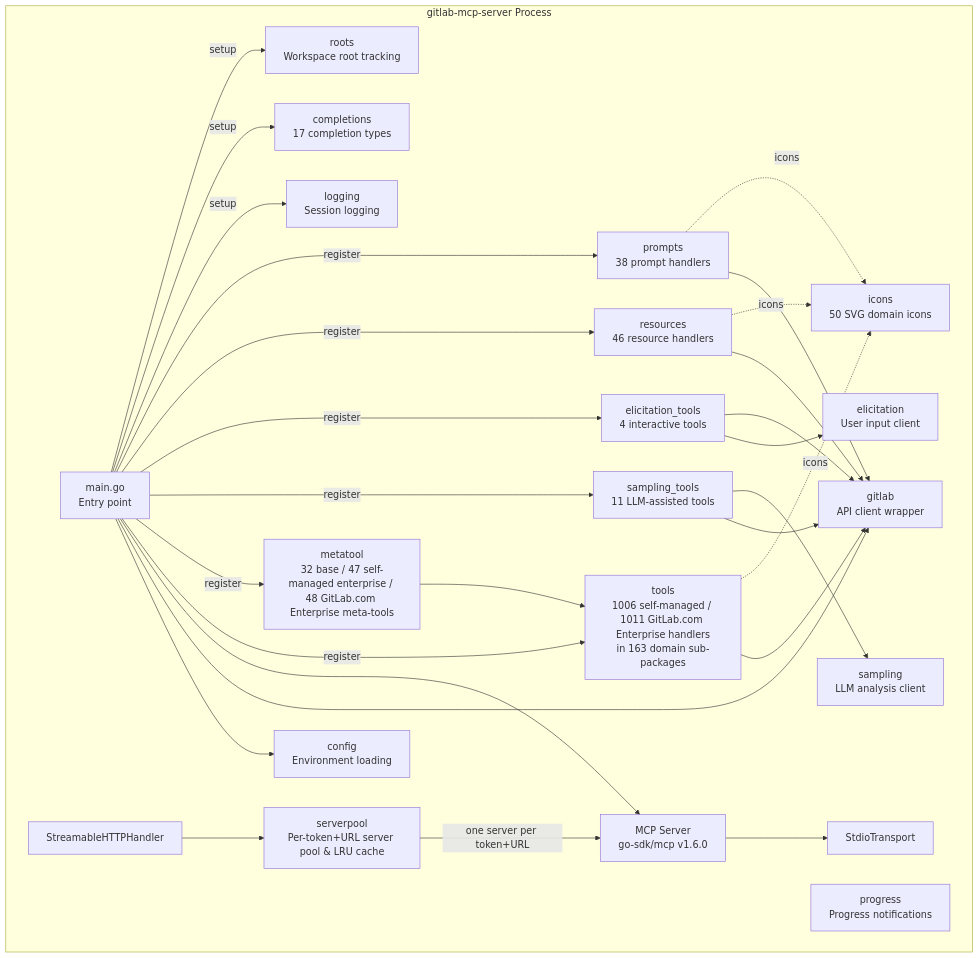
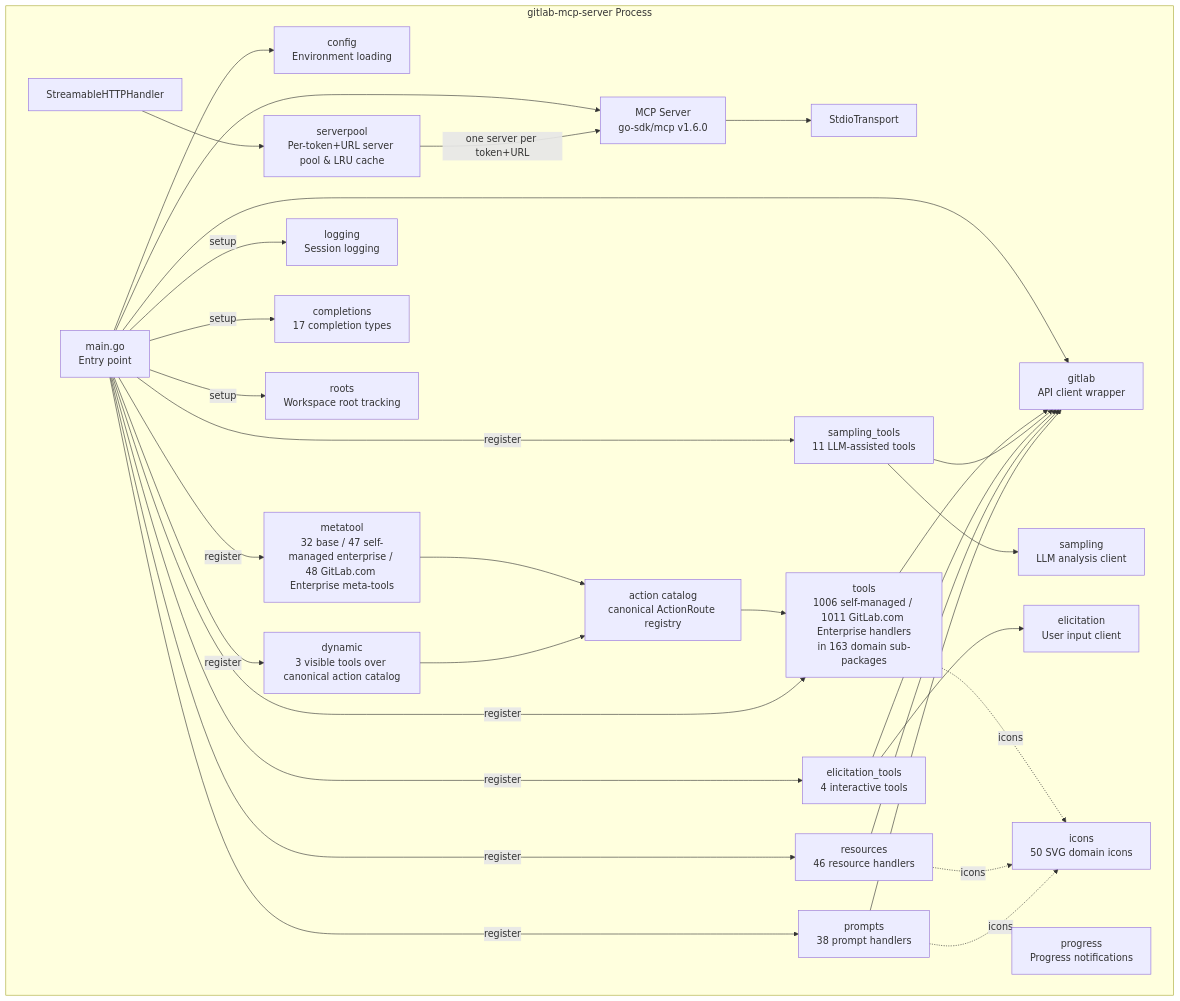
One commit to jmrplens/gitlab-mcp-server changed the third of 11 diagrams in docs/architecture.md. Above: the diagram before and after it, drawn with Mermaid. The commit also changed other lines of this file and 155 other files, not shown here.

````diff
--- a/docs/architecture.md
+++ b/docs/architecture.md
@@ -64,52 +64,57 @@
 ```mermaid
 graph TD
     subgraph "gitlab-mcp-server Process"
         MAIN[main.go<br/>Entry point]
         CFG[config<br/>Environment loading]
         GL[gitlab<br/>API client wrapper]
         TOOLS[tools<br/>1006 self-managed / 1011 GitLab.com Enterprise handlers<br/>in 163 domain sub-packages]
+        CATALOG[action catalog<br/>canonical ActionRoute registry]
         META[metatool<br/>32 base / 47 self-managed enterprise / 48 GitLab.com Enterprise meta-tools]
+        DYN[dynamic<br/>3 visible tools over canonical action catalog]
         SAMP[sampling_tools<br/>11 LLM-assisted tools]
         ELIC[elicitation_tools<br/>4 interactive tools]
         RES[resources<br/>46 resource handlers]
         PROMPTS[prompts<br/>38 prompt handlers]
         LOG[logging<br/>Session logging]
         COMP[completions<br/>17 completion types]
         ROOTS[roots<br/>Workspace root tracking]
         PROG[progress<br/>Progress notifications]
         SAMPLING[sampling<br/>LLM analysis client]
         ELICIT[elicitation<br/>User input client]
         ICN[icons<br/>50 SVG domain icons]
         SRV[MCP Server<br/>go-sdk/mcp v1.6.0]
         STDIO[StdioTransport]
         HTTP[StreamableHTTPHandler]
         POOL[serverpool<br/>Per-token+URL server pool & LRU cache]
     end
 
     MAIN --> CFG
     MAIN --> GL
     MAIN --> SRV
     SRV --> STDIO
     HTTP --> POOL
     POOL -->|one server per token+URL| SRV
     TOOLS --> GL
-    META --> TOOLS
+    META --> CATALOG
+    DYN --> CATALOG
+    CATALOG --> TOOLS
     SAMP --> GL
     SAMP --> SAMPLING
     ELIC --> ELICIT
     ELIC --> GL
     RES --> GL
     PROMPTS --> GL
     MAIN -->|register| TOOLS
     MAIN -->|register| META
+    MAIN -->|register| DYN
     MAIN -->|register| SAMP
     MAIN -->|register| ELIC
     MAIN -->|register| RES
     MAIN -->|register| PROMPTS
     TOOLS -.->|icons| ICN
     RES -.->|icons| ICN
     PROMPTS -.->|icons| ICN
     MAIN -->|setup| LOG
     MAIN -->|setup| COMP
     MAIN -->|setup| ROOTS
 ```
````
